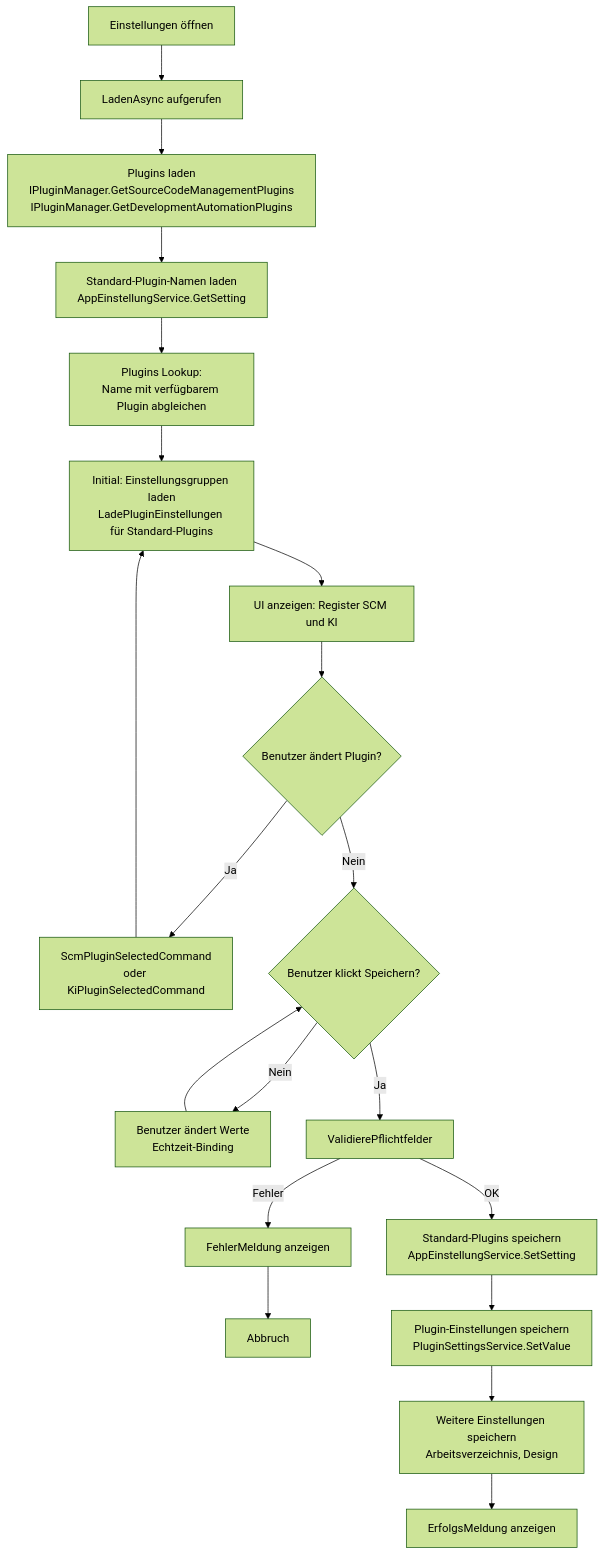
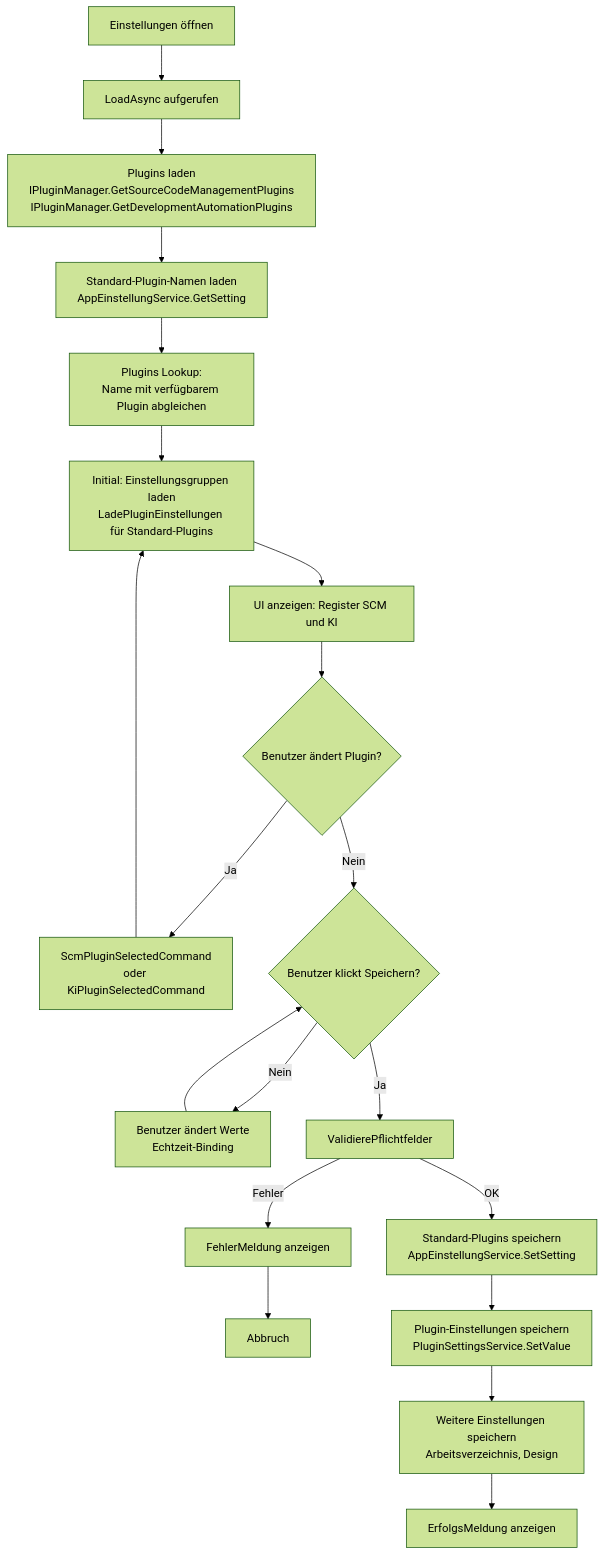
One commit to martin-stromberg/Softwareschmiede changed the diagram in docs/help/einstellungen/ablauf-technisch.md. Above: the diagram before and after it, drawn with Mermaid (forest theme). The commit also changed other lines of this file and 76 other files, not shown here.

````diff
--- a/docs/help/einstellungen/ablauf-technisch.md
+++ b/docs/help/einstellungen/ablauf-technisch.md
@@ -140,22 +140,22 @@
 ```mermaid
 flowchart TD
-    A[Einstellungen öffnen] --> B[LadenAsync aufgerufen]
+    A[Einstellungen öffnen] --> B[LoadAsync aufgerufen]
     B --> C[Plugins laden<br/>IPluginManager.GetSourceCodeManagementPlugins<br/>IPluginManager.GetDevelopmentAutomationPlugins]
     C --> D[Standard-Plugin-Namen laden<br/>AppEinstellungService.GetSetting]
     D --> E[Plugins Lookup:<br/>Name mit verfügbarem Plugin abgleichen]
     E --> F[Initial: Einstellungsgruppen laden<br/>LadePluginEinstellungen für Standard-Plugins]
     F --> G[UI anzeigen: Register SCM und KI]
     G --> H{Benutzer ändert Plugin?}
     H -->|Ja| I[ScmPluginSelectedCommand<br/>oder KiPluginSelectedCommand]
     I --> F
     H -->|Nein| J{Benutzer klickt Speichern?}
     J -->|Nein| K[Benutzer ändert Werte<br/>Echtzeit-Binding]
     K --> J
     J -->|Ja| L[ValidierePflichtfelder]
     L -->|Fehler| M[FehlerMeldung anzeigen]
     M --> N[Abbruch]
     L -->|OK| O[Standard-Plugins speichern<br/>AppEinstellungService.SetSetting]
     O --> P[Plugin-Einstellungen speichern<br/>PluginSettingsService.SetValue]
     P --> Q[Weitere Einstellungen speichern<br/>Arbeitsverzeichnis, Design]
     Q --> R[ErfolgsMeldung anzeigen]
 ```
````
